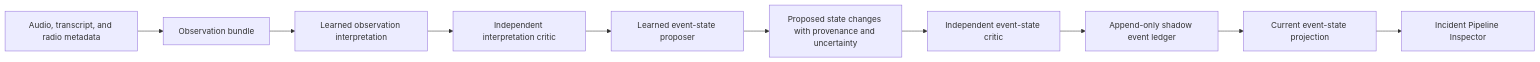
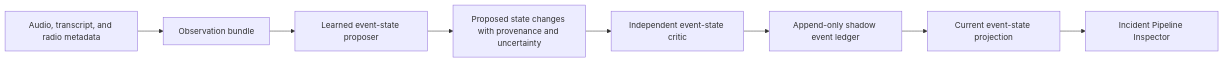
Before and after one commit to lilhoser/pizzawave: the diagram in docs/incident-pipeline-blank-slate-architecture.md, drawn with Mermaid. The commit also changed other lines of this file and 4 other files, not shown here.

Commit message:
Record failed observation interpretation gate

````diff
--- a/docs/incident-pipeline-blank-slate-architecture.md
+++ b/docs/incident-pipeline-blank-slate-architecture.md
@@ -123,12 +123,10 @@
 ```mermaid
 flowchart LR
     A["Audio, transcript, and radio metadata"] --> B["Observation bundle"]
-    B --> C["Learned observation interpretation"]
-    C --> D["Independent interpretation critic"]
-    D --> E["Learned event-state proposer"]
-    E --> F["Proposed state changes with provenance and uncertainty"]
-    F --> G["Independent event-state critic"]
-    G --> H["Append-only shadow event ledger"]
-    H --> I["Current event-state projection"]
-    I --> J["Incident Pipeline Inspector"]
+    B --> C["Learned event-state proposer"]
+    C --> D["Proposed state changes with provenance and uncertainty"]
+    D --> E["Independent event-state critic"]
+    E --> F["Append-only shadow event ledger"]
+    F --> G["Current event-state projection"]
+    G --> H["Incident Pipeline Inspector"]
 ```
````
